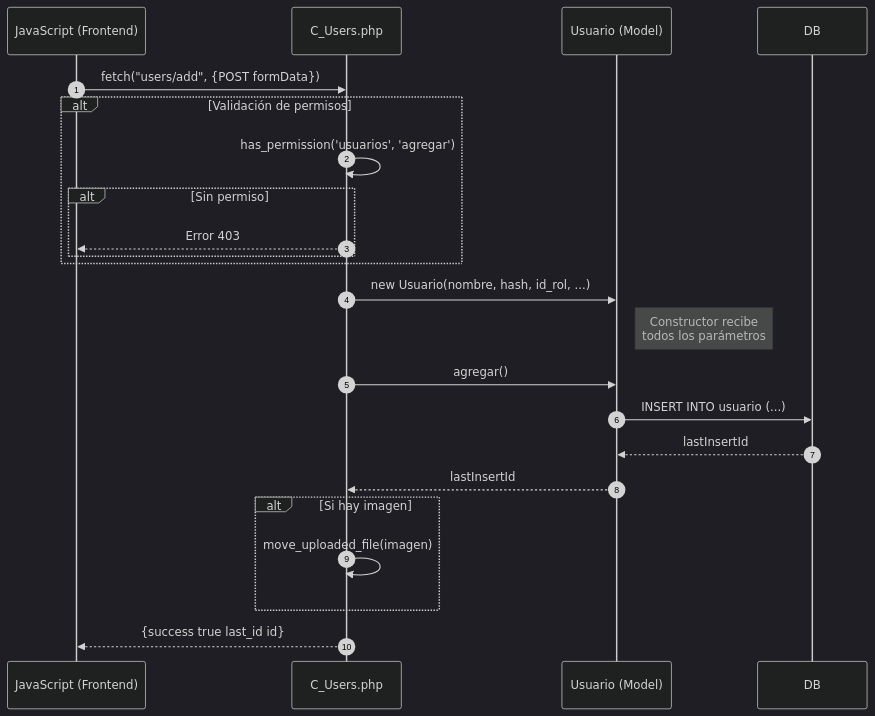
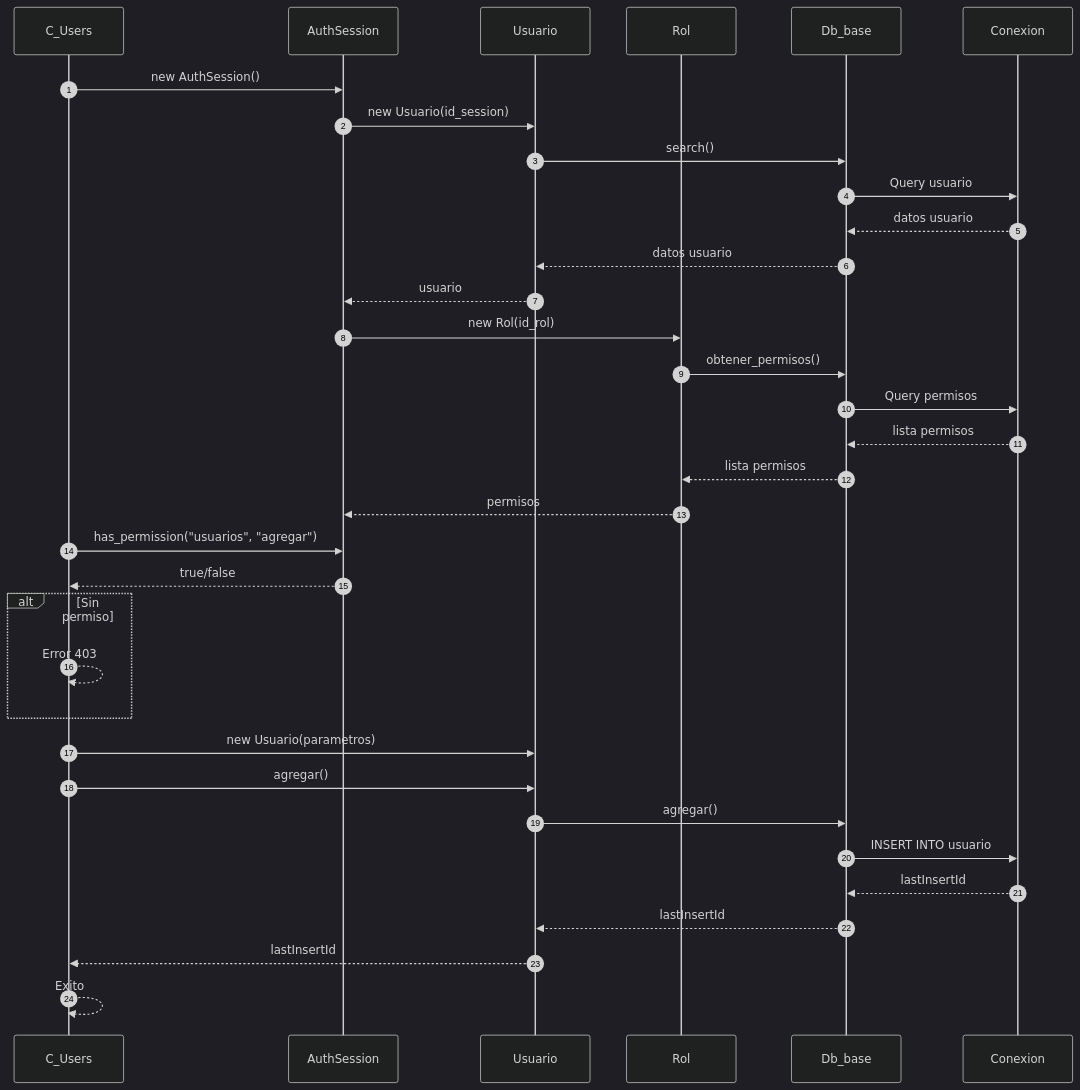
Before and after one commit to Tecrato/BurgerHouse: the first of 6 diagrams in docs/secuencia/usuarios/usuarios.md, drawn with Mermaid (dark theme). The commit also changed other lines of this file and 13 other files, not shown here.

First line of the commit message:
diagramas actualizaos

````diff
--- a/docs/secuencia/usuarios/usuarios.md
+++ b/docs/secuencia/usuarios/usuarios.md
@@ -5,30 +5,42 @@
 ```mermaid
 sequenceDiagram
     autonumber
-    participant JS as JavaScript (Frontend)
-    participant C_Users as C_Users.php
-    participant Usuario as Usuario (Model)
+    participant C_Users as C_Users
+    participant AuthSession as AuthSession
+    participant Usuario as Usuario
+    participant Rol as Rol
+    participant Db_base as Db_base
+    participant Conexion as Conexion
     
-    JS->>C_Users: fetch("users/add", {POST formData})
+    C_Users->>AuthSession: new AuthSession()
+    AuthSession->>Usuario: new Usuario(id_session)
+    Usuario->>Db_base: search()
+    Db_base->>Conexion: Query usuario
+    Conexion-->>Db_base: datos usuario
+    Db_base-->>Usuario: datos usuario
+    Usuario-->>AuthSession: usuario
     
-    alt Validación de permisos
-        C_Users->>C_Users: has_permission('usuarios', 'agregar')
-        alt Sin permiso
-            C_Users-->>JS: Error 403
-        end
+    AuthSession->>Rol: new Rol(id_rol)
+    Rol->>Db_base: obtener_permisos()
+    Db_base->>Conexion: Query permisos
+    Conexion-->>Db_base: lista permisos
+    Db_base-->>Rol: lista permisos
+    Rol-->>AuthSession: permisos
+    
+    C_Users->>AuthSession: has_permission("usuarios", "agregar")
+    AuthSession-->>C_Users: true/false
+    
+    alt Sin permiso
+        C_Users-->>C_Users: Error 403
     end
     
-    C_Users->>Usuario: new Usuario(nombre, hash, id_rol, ...)
-    Note right of Usuario: Constructor recibe<br/>todos los parámetros
-    
+    C_Users->>Usuario: new Usuario(parametros)
     C_Users->>Usuario: agregar()
-    Usuario->>DB: INSERT INTO usuario (...)
-    DB-->>Usuario: lastInsertId
+    Usuario->>Db_base: agregar()
+    Db_base->>Conexion: INSERT INTO usuario
+    Conexion-->>Db_base: lastInsertId
+    Db_base-->>Usuario: lastInsertId
     Usuario-->>C_Users: lastInsertId
     
-    alt Si hay imagen
-        C_Users->>C_Users: move_uploaded_file(imagen)
-    end
-    
-    C_Users-->>JS: {success true last_id id}
+    C_Users-->>C_Users: Exito
 ```
````
